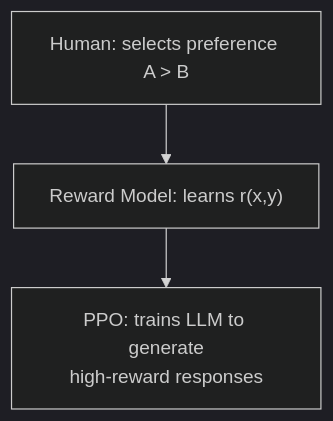
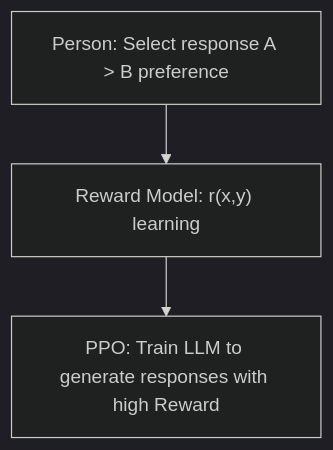
Before and after one commit to TaeHunKim/AIEngineeringLLMWiki: the second of 2 diagrams in wiki/en/AI/Engineering/Model_Engineering/Training_and_Tuning/Full_Fine-Tuning.md, drawn with Mermaid (dark theme). The commit also changed other lines of this file and 48 other files, not shown here.

````diff
--- a/wiki/en/AI/Engineering/Model_Engineering/Training_and_Tuning/Full_Fine-Tuning.md
+++ b/wiki/en/AI/Engineering/Model_Engineering/Training_and_Tuning/Full_Fine-Tuning.md
@@ -41,5 +41,5 @@
 ```mermaid
 flowchart TD
-    H["Human: selects preference A > B"] --> RM["Reward Model: learns r(x,y)"]
-    RM --> PPO["PPO: trains LLM to generate<br/>high-reward responses"]
+    H["Person: Select response A > B preference"] --> RM["Reward Model: r(x,y) learning"]
+    RM --> PPO["PPO: Train LLM to generate responses with high Reward"]
 ```
````
